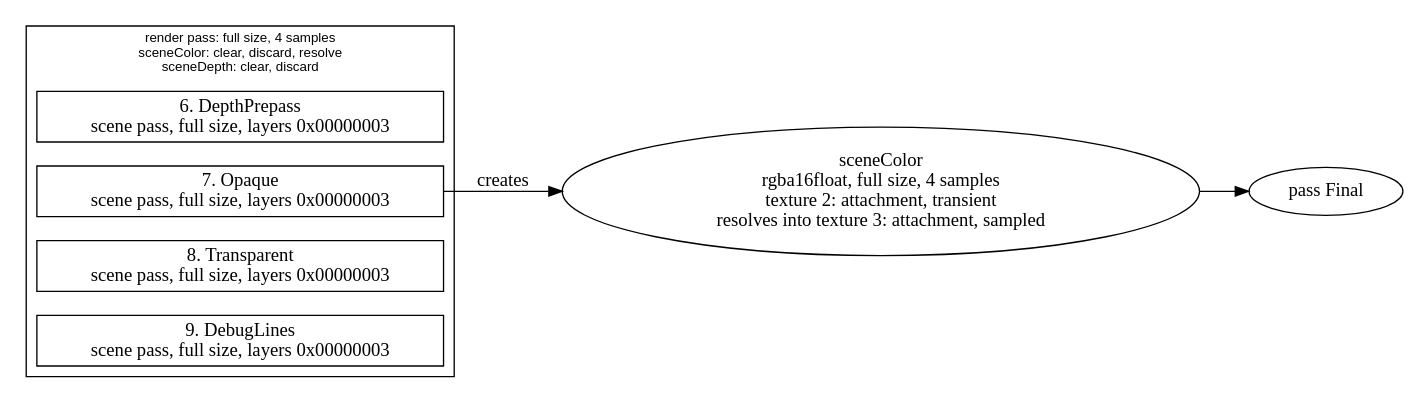
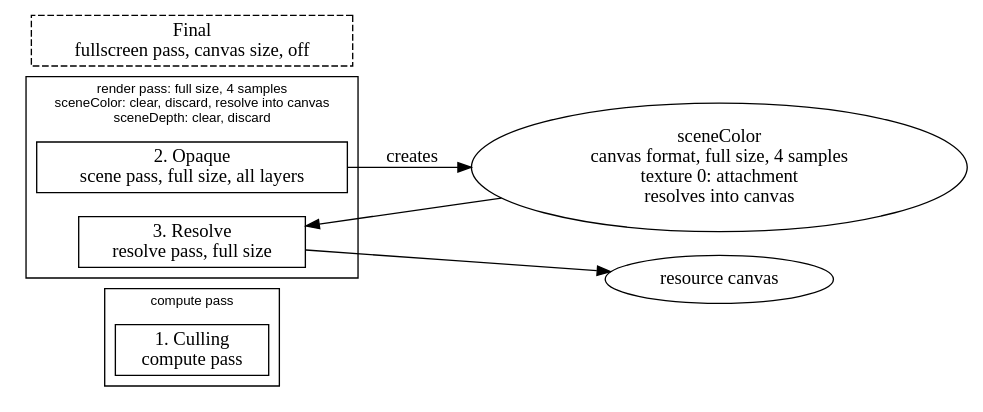
Before and after one commit to null3d-engine/null3d: the second of 2 diagrams in docs/concepts/render-graph.md, drawn with Graphviz. The commit also changed other lines of this file and 24 other files, not shown here.

````diff
--- a/docs/concepts/render-graph.md
+++ b/docs/concepts/render-graph.md
@@ -127,15 +117,19 @@
 ```dot
 digraph "render graph" {
   graph [rankdir=LR, fontname="Helvetica", fontsize=10];
-  subgraph "cluster 6" {
-    label="render pass: full size, 4 samples\nsceneColor: clear, discard, resolve\nsceneDepth: clear, discard";
-    "pass DepthPrepass" [shape=box, label="6. DepthPrepass\nscene pass, full size, layers 0x00000003"];
-    "pass Opaque" [shape=box, label="7. Opaque\nscene pass, full size, layers 0x00000003"];
-    "pass Transparent" [shape=box, label="8. Transparent\nscene pass, full size, layers 0x00000003"];
-    "pass DebugLines" [shape=box, label="9. DebugLines\nscene pass, full size, layers 0x00000003"];
+  subgraph "cluster 1" {
+    label="compute pass";
+    "pass Culling" [shape=box, label="1. Culling\ncompute pass"];
   }
-  "resource sceneColor" [shape=ellipse, label="sceneColor\nrgba16float, full size, 4 samples\ntexture 2: attachment, transient\nresolves into texture 3: attachment, sampled"];
+  subgraph "cluster 2" {
+    label="render pass: full size, 4 samples\nsceneColor: clear, discard, resolve into canvas\nsceneDepth: clear, discard";
+    "pass Opaque" [shape=box, label="2. Opaque\nscene pass, full size, all layers"];
+    "pass Resolve" [shape=box, label="3. Resolve\nresolve pass, full size"];
+  }
+  "pass Final" [shape=box, style=dashed, label="Final\nfullscreen pass, canvas size, off"];
+  "resource sceneColor" [shape=ellipse, label="sceneColor\ncanvas format, full size, 4 samples\ntexture 0: attachment\nresolves into canvas"];
   "pass Opaque" -> "resource sceneColor" [label="creates"];
-  "resource sceneColor" -> "pass Final";
+  "resource sceneColor" -> "pass Resolve";
+  "pass Resolve" -> "resource canvas";
 }
 ```
````
